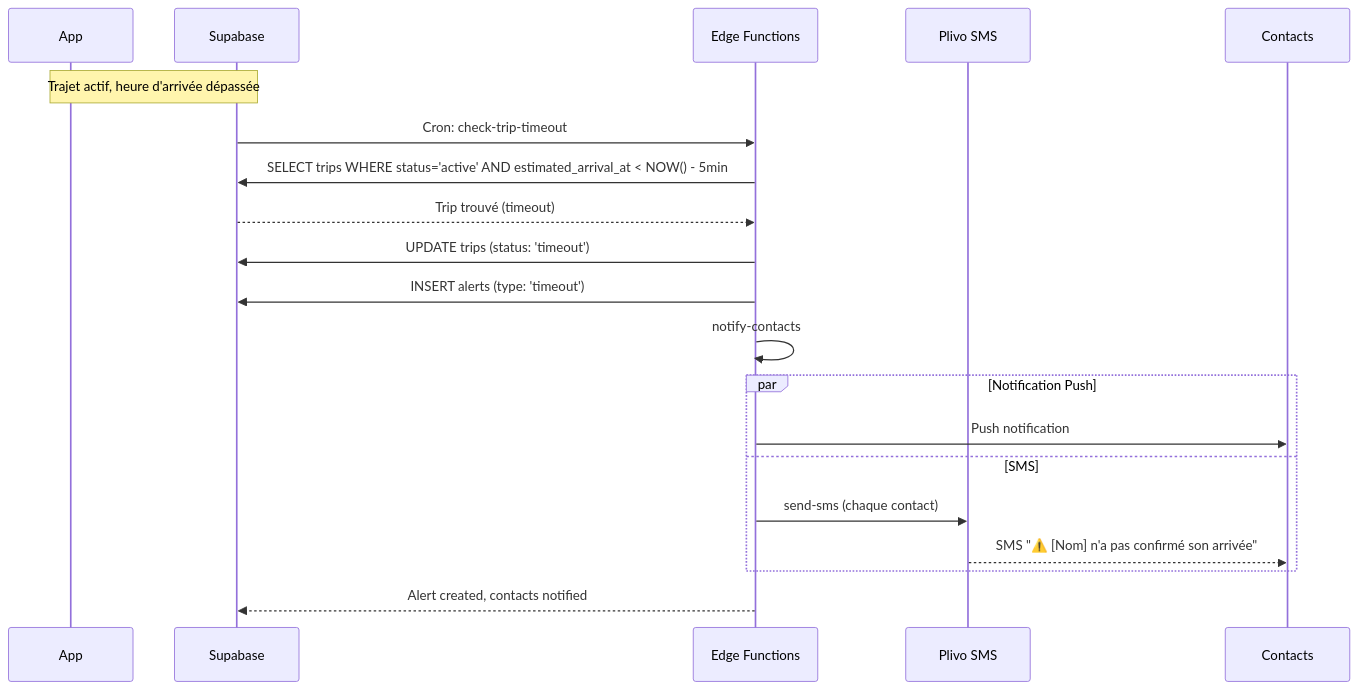
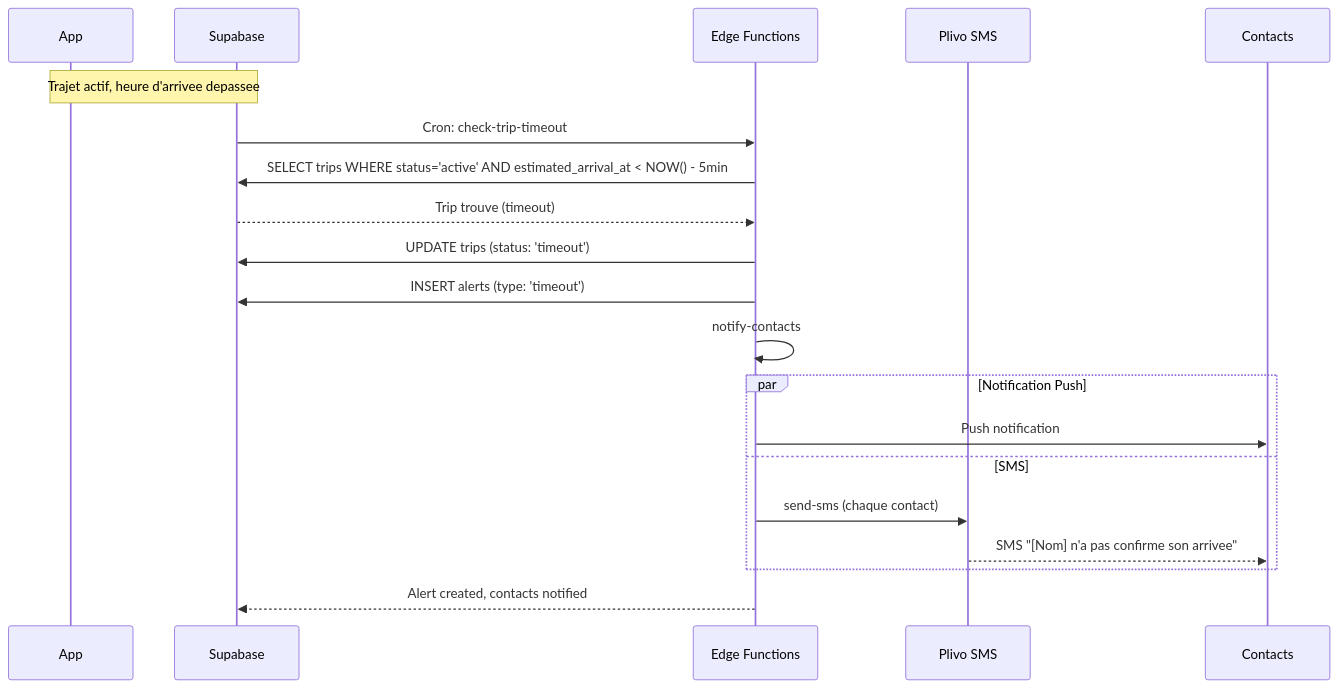
One commit to monjodav/Prudency changed the third of 7 diagrams in docs/user-flows.md. Above: the diagram before and after it, drawn with Mermaid. The commit also changed other lines of this file and 55 other files, not shown here.

````diff
--- a/docs/user-flows.md
+++ b/docs/user-flows.md
@@ -77,26 +87,26 @@
 ```mermaid
 sequenceDiagram
     participant A as App
     participant S as Supabase
     participant EF as Edge Functions
     participant SMS as Plivo SMS
     participant C as Contacts
 
-    Note over A,S: Trajet actif, heure d'arrivée dépassée
+    Note over A,S: Trajet actif, heure d'arrivee depassee
 
     S->>EF: Cron: check-trip-timeout
     EF->>S: SELECT trips WHERE status='active' AND estimated_arrival_at < NOW() - 5min
-    S-->>EF: Trip trouvé (timeout)
+    S-->>EF: Trip trouve (timeout)
     EF->>S: UPDATE trips (status: 'timeout')
     EF->>S: INSERT alerts (type: 'timeout')
     EF->>EF: notify-contacts
 
     par Notification Push
         EF->>C: Push notification
     and SMS
         EF->>SMS: send-sms (chaque contact)
-        SMS-->>C: SMS "⚠️ [Nom] n'a pas confirmé son arrivée"
+        SMS-->>C: SMS "[Nom] n'a pas confirme son arrivee"
     end
 
     EF-->>S: Alert created, contacts notified
 ```
````
